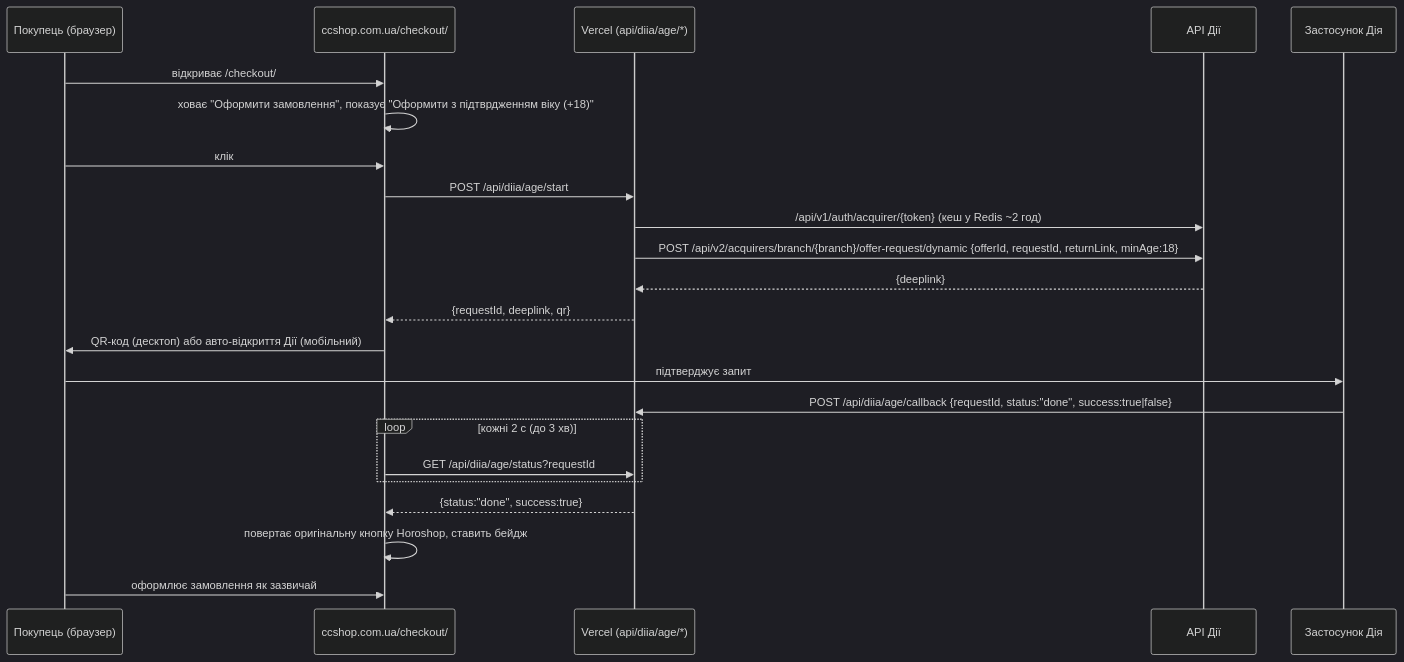
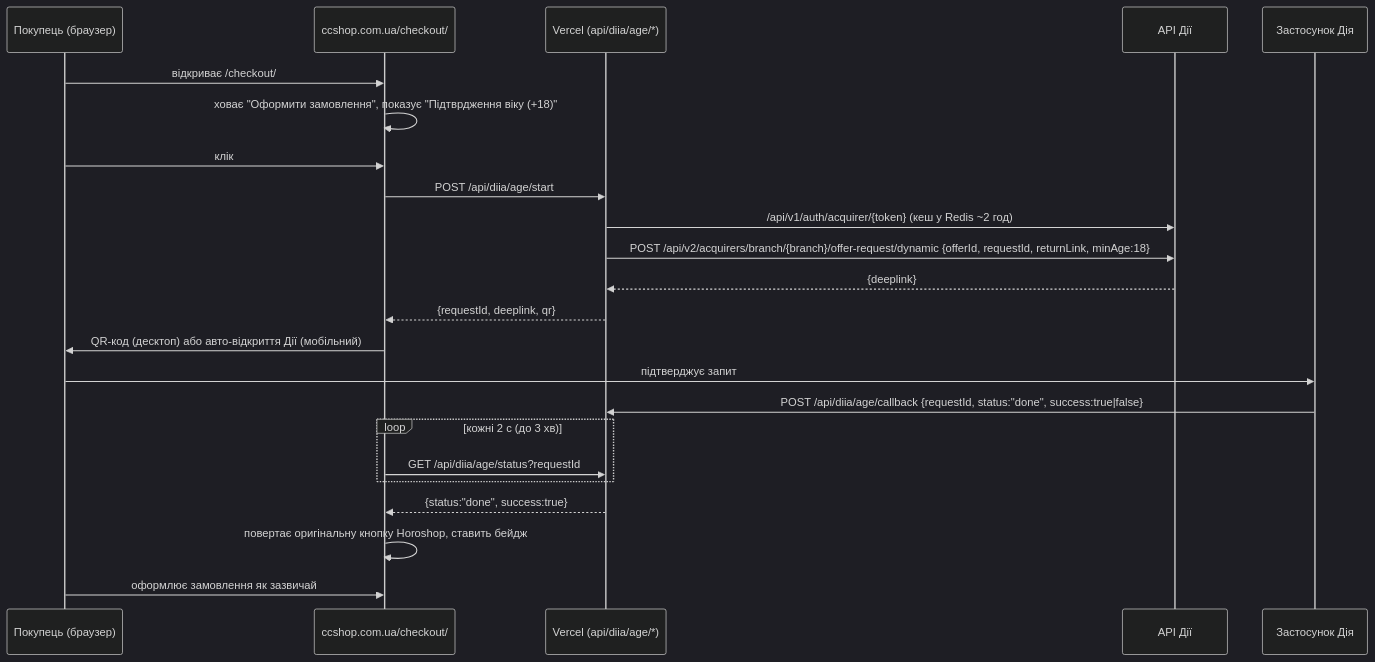
One commit to marketing-cc/cc_diya changed the diagram in README.md. Above: the diagram before and after it, drawn with Mermaid (dark theme). The commit also changed other lines of this file and 2 other files, not shown here.

Commit message:
Change verification button text to 'Підтврдження віку (+18)'

````diff
--- a/README.md
+++ b/README.md
@@ -14,26 +14,26 @@
 ```mermaid
 sequenceDiagram
     participant U as Покупець (браузер)
     participant H as ccshop.com.ua/checkout/#18
     participant V as Vercel (api/diia/age/*)
     participant D as API Дії
     participant A as Застосунок Дія
 
     U->>H: відкриває /checkout/#18
-    H->>H: ховає "Оформити замовлення", показує "Оформити з підтврдженням віку (+18)"
+    H->>H: ховає "Оформити замовлення", показує "Підтврдження віку (+18)"
     U->>H: клік
     H->>V: POST /api/diia/age/start
     V->>D: /api/v1/auth/acquirer/{token} (кеш у Redis ~2 год)
     V->>D: POST /api/v2/acquirers/branch/{branch}/offer-request/dynamic {offerId, requestId, returnLink, minAge:18}
     D-->>V: {deeplink}
     V-->>H: {requestId, deeplink, qr}
     H->>U: QR-код (десктоп) або авто-відкриття Дії (мобільний)
     U->>A: підтверджує запит
     A->>V: POST /api/diia/age/callback {requestId, status:"done", success:true|false}
     loop кожні 2 с (до 3 хв)
         H->>V: GET /api/diia/age/status?requestId
     end
     V-->>H: {status:"done", success:true}
     H->>H: повертає оригінальну кнопку Horoshop, ставить бейдж
     U->>H: оформлює замовлення як зазвичай
 ```
````
